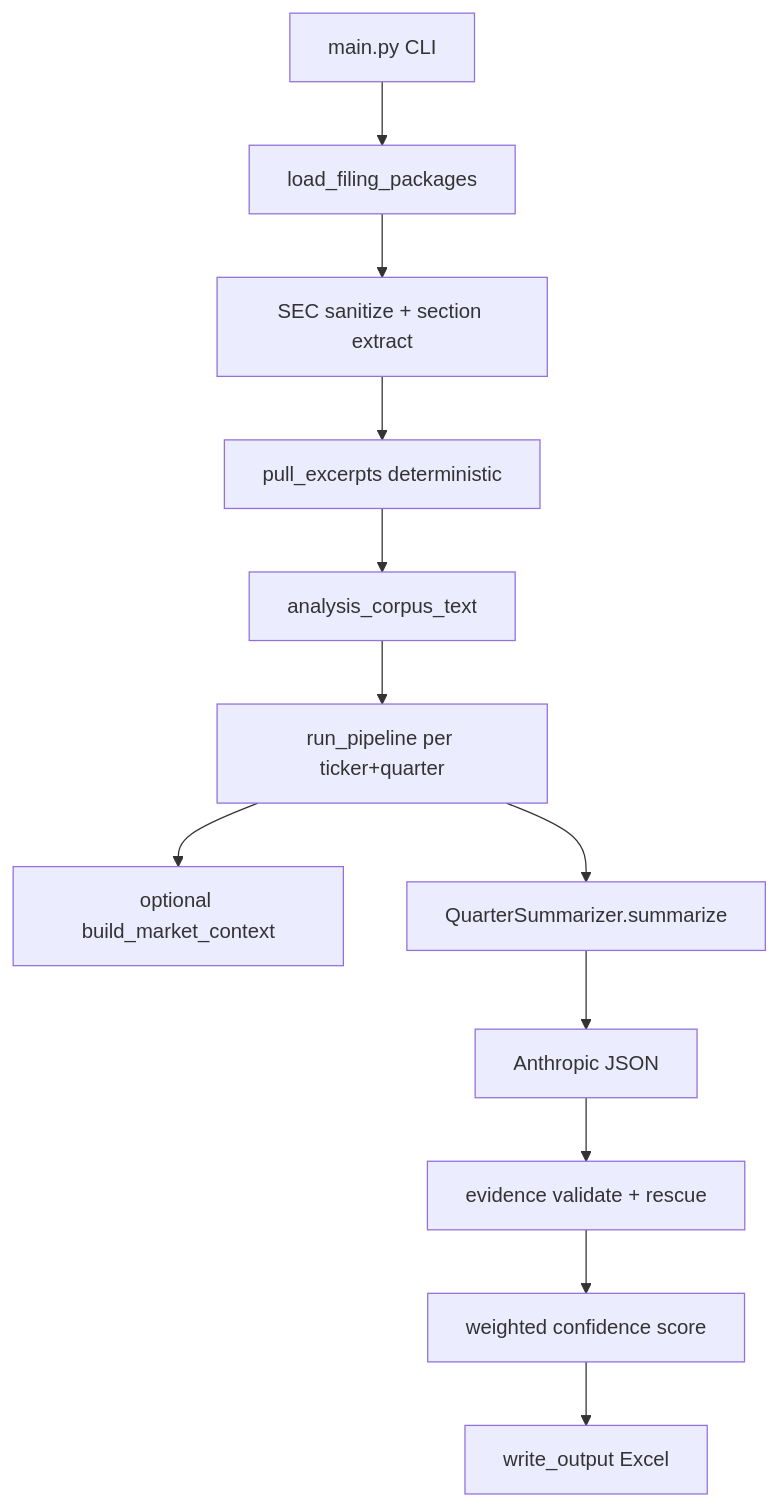
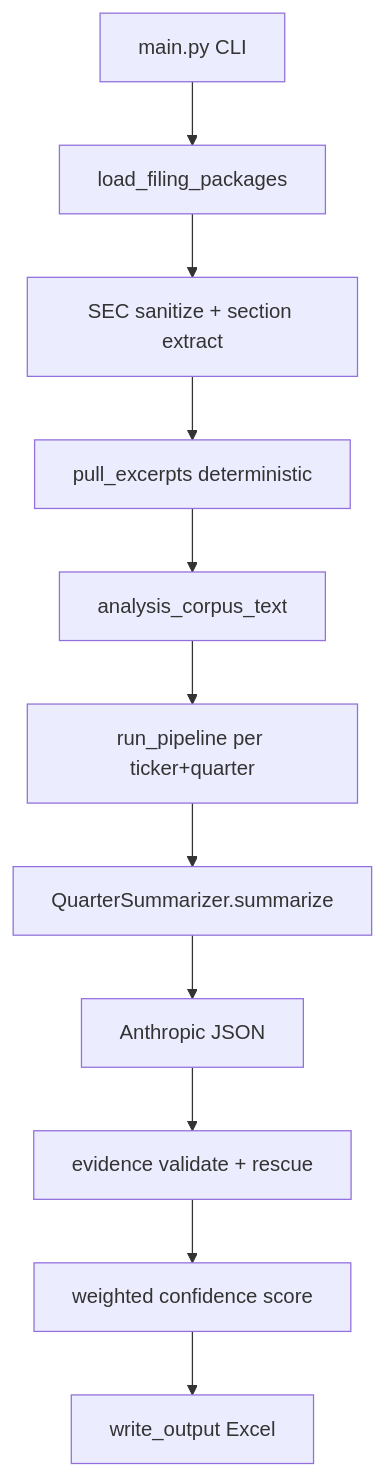
One commit to bwhittakre/Earnings-Call-Summarizer changed the diagram in README.md. Above: the diagram before and after it, drawn with Mermaid. The commit also changed other lines of this file and 31 other files, not shown here.

````diff
--- a/README.md
+++ b/README.md
@@ -152,14 +151,13 @@
 ```mermaid
 flowchart TD
   CLI[main.py CLI] --> Load[load_filing_packages]
   Load --> Sanitize[SEC sanitize + section extract]
   Sanitize --> Excerpt[pull_excerpts deterministic]
   Excerpt --> AnalysisCorpus[analysis_corpus_text]
   AnalysisCorpus --> Runner[run_pipeline per ticker+quarter]
-  Runner --> Market[optional build_market_context]
   Runner --> Summ[QuarterSummarizer.summarize]
   Summ --> LLM[Anthropic JSON]
   LLM --> Validate[evidence validate + rescue]
   Validate --> Score[weighted confidence score]
   Score --> Export[write_output Excel]
 ```
````
